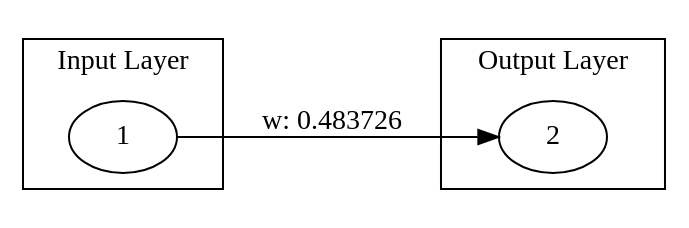
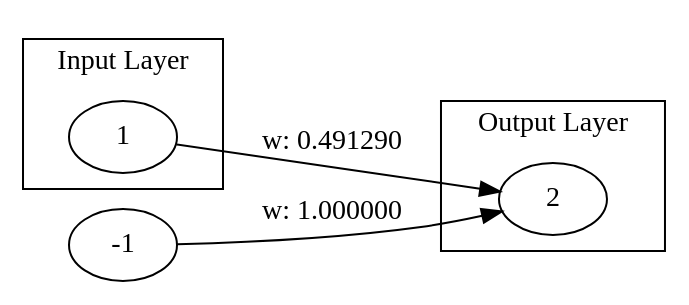
The diagram in genome_graph.dot (malikAkurtz/TradingSystem), drawn with Graphviz before and after one commit. The commit also changed 8 other files, not shown here.

```diff
--- a/genome_graph.dot
+++ b/genome_graph.dot
@@ -1,15 +1,16 @@
 digraph Genome {
   rankdir=LR;
   subgraph cluster_0 {
     label="Input Layer";
     1;
   }
   subgraph cluster_1 {
     label="Hidden Layer";
   }
   subgraph cluster_2 {
     label="Output Layer";
     2;
   }
-  1 -> 2 [label="w: 0.483726"];
+  1 -> 2 [label="w: 0.491290"];
+  -1 -> 2 [label="w: 1.000000"];
 }
```
